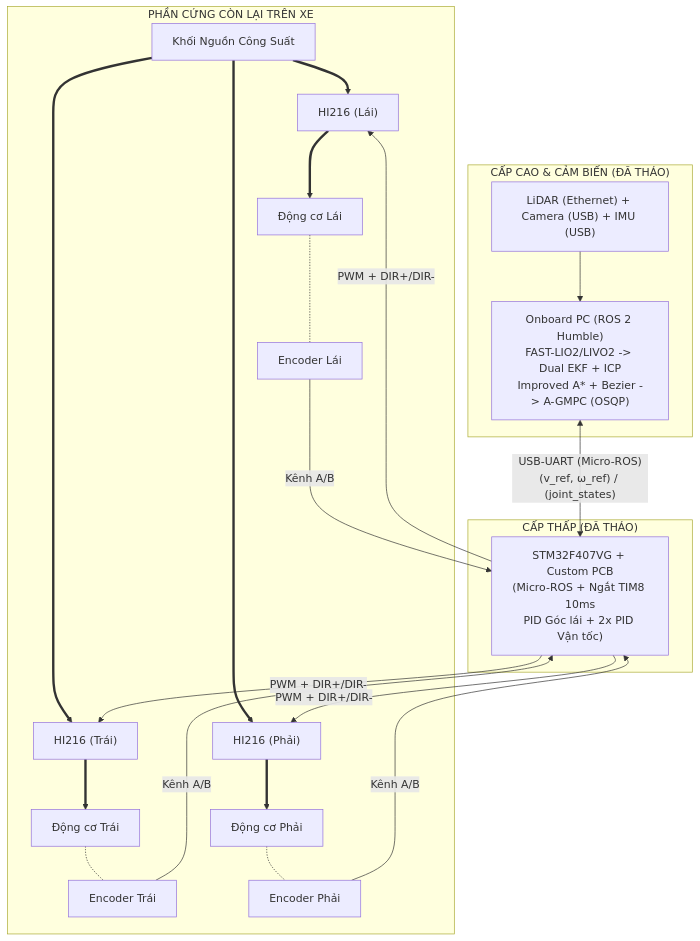
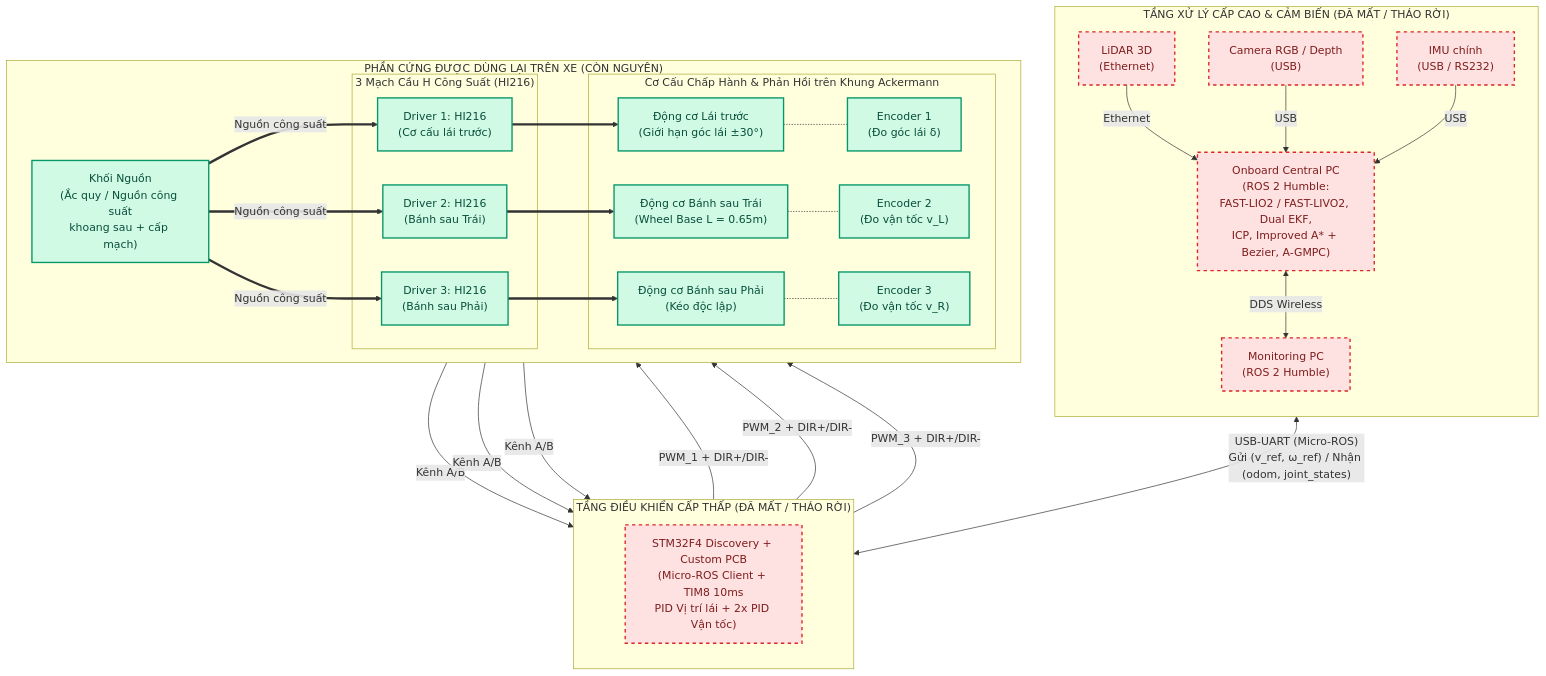
One commit to hutaozuzu/Do-an changed the first of 7 diagrams in K2022_SYSTEM_ARCHITECTURE.md. Above: the diagram before and after it, drawn with Mermaid. The commit also changed other lines of this file and 2 other files, not shown here.

Commit message:
docs: add full K2022 system architecture diagrams, hardware inheritance analysis, and FGO wireless design

````diff
--- a/K2022_SYSTEM_ARCHITECTURE.md
+++ b/K2022_SYSTEM_ARCHITECTURE.md
@@ -28,21 +31,62 @@
 ```mermaid
 flowchart TB
-    subgraph REMAINING ["PHẦN CỨNG CÒN LẠI TRÊN XE"]
-        PWR["Khối Nguồn Công Suất"] ==> D1["HI216 (Lái)"] & D2["HI216 (Trái)"] & D3["HI216 (Phải)"]
-        D1 ==> M1["Động cơ Lái"] -.- E1["Encoder Lái"]
-        D2 ==> M2["Động cơ Trái"] -.- E2["Encoder Trái"]
-        D3 ==> M3["Động cơ Phải"] -.- E3["Encoder Phải"]
+    subgraph LOST_HIGH ["TẦNG XỬ LÝ CẤP CAO & CẢM BIẾN (ĐÃ MẤT / THÁO RỜI)"]
+        direction TB
+        MON["Monitoring PC<br/>(ROS 2 Humble)"]
+        PC["Onboard Central PC<br/>(ROS 2 Humble:<br/>FAST-LIO2 / FAST-LIVO2, Dual EKF,<br/>ICP, Improved A* + Bezier, A-GMPC)"]
+        LIDAR["LiDAR 3D<br/>(Ethernet)"]
+        CAM["Camera RGB / Depth<br/>(USB)"]
+        IMU["IMU chính<br/>(USB / RS232)"]
+
+        LIDAR -->|"Ethernet"| PC
+        CAM -->|"USB"| PC
+        IMU -->|"USB"| PC
+        PC <-->|"DDS Wireless"| MON
     end
 
-    subgraph MISSING_LOW ["CẤP THẤP (ĐÃ THÁO)"]
-        MCU["STM32F407VG + Custom PCB<br/>(Micro-ROS + Ngắt TIM8 10ms<br/>PID Góc lái + 2x PID Vận tốc)"]
+    subgraph LOST_LOW ["TẦNG ĐIỀU KHIỂN CẤP THẤP (ĐÃ MẤT / THÁO RỜI)"]
+        direction TB
+        MCU["STM32F4 Discovery + Custom PCB<br/>(Micro-ROS Client + TIM8 10ms<br/>PID Vị trí lái + 2x PID Vận tốc)"]
     end
 
-    subgraph MISSING_HIGH ["CẤP CAO & CẢM BIẾN (ĐÃ THÁO)"]
-        SEN["LiDAR (Ethernet) + Camera (USB) + IMU (USB)"] --> PC["Onboard PC (ROS 2 Humble)<br/>FAST-LIO2/LIVO2 -> Dual EKF + ICP<br/>Improved A* + Bezier -> A-GMPC (OSQP)"]
+    subgraph KEPT_HW ["PHẦN CỨNG ĐƯỢC DÙNG LẠI TRÊN XE (CÒN NGUYÊN)"]
+        direction LR
+        PWR["Khối Nguồn<br/>(Ắc quy / Nguồn công suất<br/>khoang sau + cấp mạch)"]
+        
+        subgraph DRIVERS ["3 Mạch Cầu H Công Suất (HI216)"]
+            DRV1["Driver 1: HI216<br/>(Cơ cấu lái trước)"]
+            DRV2["Driver 2: HI216<br/>(Bánh sau Trái)"]
+            DRV3["Driver 3: HI216<br/>(Bánh sau Phải)"]
+        end
+
+        subgraph ACTUATORS ["Cơ Cấu Chấp Hành & Phản Hồi trên Khung Ackermann"]
+            M1["Động cơ Lái trước<br/>(Giới hạn góc lái ±30°)"]
+            E1["Encoder 1<br/>(Đo góc lái δ)"]
+            M2["Động cơ Bánh sau Trái<br/>(Wheel Base L = 0.65m)"]
+            E2["Encoder 2<br/>(Đo vận tốc v_L)"]
+            M3["Động cơ Bánh sau Phải<br/>(Kéo độc lập)"]
+            E3["Encoder 3<br/>(Đo vận tốc v_R)"]
+        end
+
+        PWR ==>|"Nguồn công suất"| DRV1 & DRV2 & DRV3
+        DRV1 ==> M1
+        DRV2 ==> M2
+        DRV3 ==> M3
+        M1 -.- E1
+        M2 -.- E2
+        M3 -.- E3
     end
 
-    PC <-->|"USB-UART (Micro-ROS)<br/>(v_ref, ω_ref) / (joint_states)"| MCU
-    MCU -->|"PWM + DIR+/DIR-"| D1 & D2 & D3
-    E1 & E2 & E3 -->|"Kênh A/B"| MCU
+    PC <-->|"USB-UART (Micro-ROS)<br/>Gửi (v_ref, ω_ref) / Nhận (odom, joint_states)"| MCU
+    MCU -->|"PWM_1 + DIR+/DIR-"| DRV1
+    MCU -->|"PWM_2 + DIR+/DIR-"| DRV2
+    MCU -->|"PWM_3 + DIR+/DIR-"| DRV3
+    E1 -->|"Kênh A/B"| MCU
+    E2 -->|"Kênh A/B"| MCU
+    E3 -->|"Kênh A/B"| MCU
+
+    classDef kept fill:#d1fae5,stroke:#059669,stroke-width:2px,color:#064e3b;
+    classDef lost fill:#fee2e2,stroke:#dc2626,stroke-width:2px,stroke-dasharray: 5 5,color:#7f1d1d;
+    class PWR,DRV1,DRV2,DRV3,M1,M2,M3,E1,E2,E3 kept;
+    class MON,PC,LIDAR,CAM,IMU,MCU lost;
 ```
````
